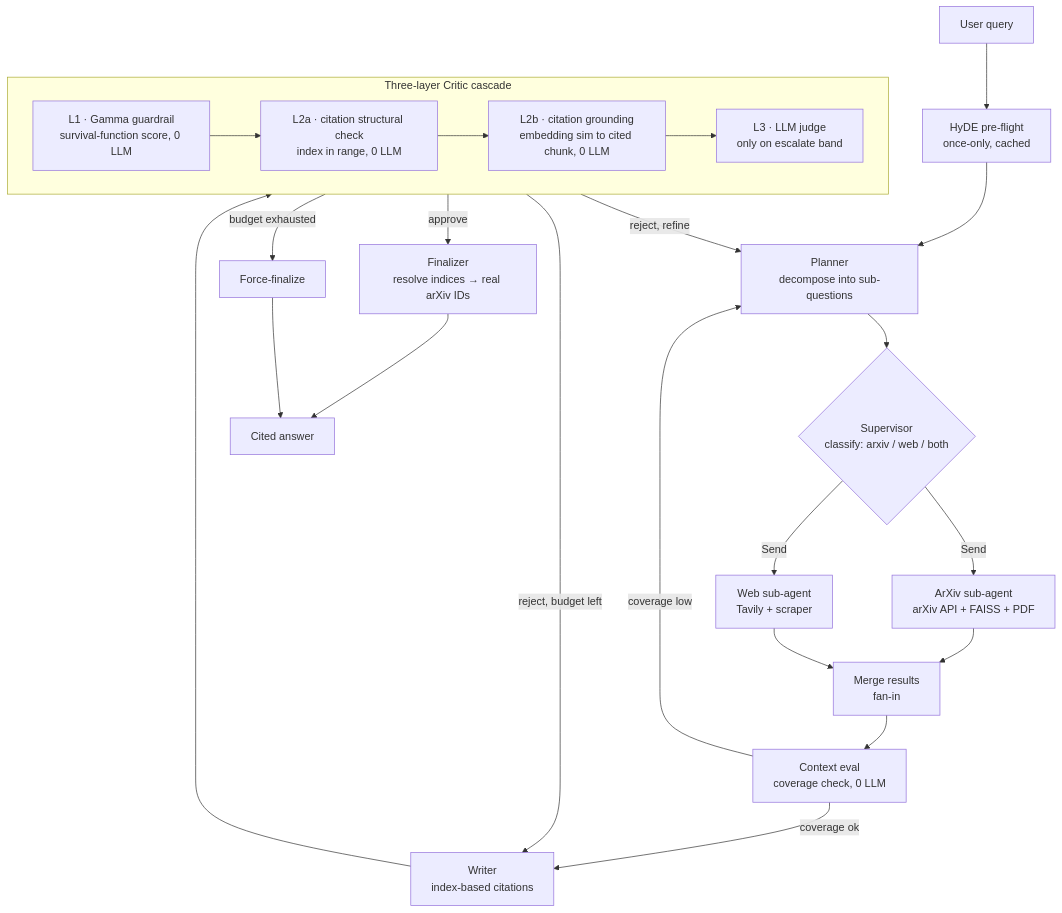
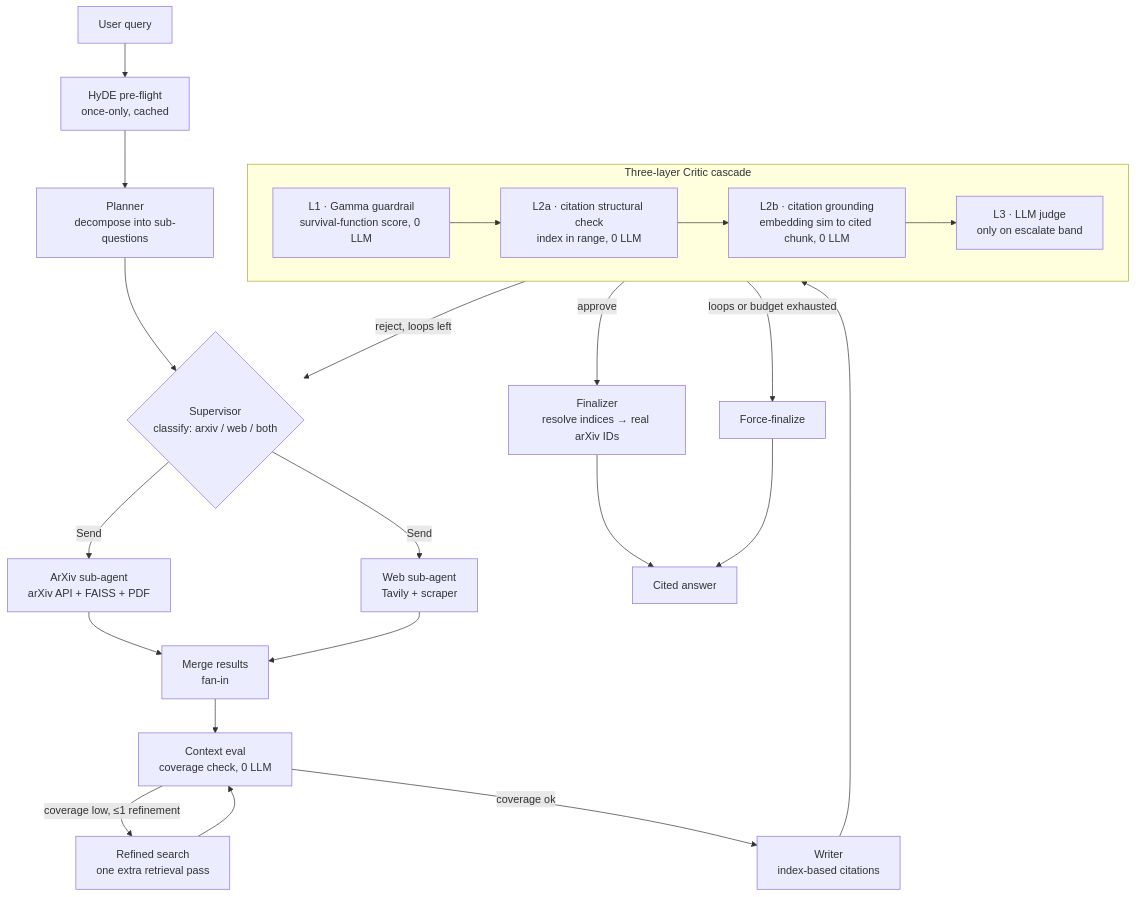
Before and after one commit to Yuezhou-Zhao/multi-agent-research-assistant: the diagram in README.md, drawn with Mermaid. The commit also changed other lines of this file and 6 other files, not shown here.

````diff
--- a/README.md
+++ b/README.md
@@ -59,33 +63,33 @@
 ```mermaid
 flowchart TD
     Q[User query] --> HyDE[HyDE pre-flight<br/>once-only, cached]
     HyDE --> P[Planner<br/>decompose into sub-questions]
     P --> S{Supervisor<br/>classify: arxiv / web / both}
 
     S -->|Send| A[ArXiv sub-agent<br/>arXiv API + FAISS + PDF]
     S -->|Send| W[Web sub-agent<br/>Tavily + scraper]
 
     A --> M[Merge results<br/>fan-in]
     W --> M
     M --> CE[Context eval<br/>coverage check, 0 LLM]
 
-    CE -->|coverage low| P
+    CE -->|coverage low, ≤1 refinement| RF[Refined search<br/>one extra retrieval pass]
+    RF --> CE
     CE -->|coverage ok| WR[Writer<br/>index-based citations]
 
     WR --> C[Critic cascade]
     subgraph C[Three-layer Critic cascade]
         L1[L1 · Gamma guardrail<br/>survival-function score, 0 LLM]
         L2a[L2a · citation structural check<br/>index in range, 0 LLM]
         L2b[L2b · citation grounding<br/>embedding sim to cited chunk, 0 LLM]
         L3[L3 · LLM judge<br/>only on escalate band]
         L1 --> L2a --> L2b --> L3
     end
 
     C -->|approve| F[Finalizer<br/>resolve indices → real arXiv IDs]
-    C -->|reject, budget left| WR
-    C -->|reject, refine| P
-    C -->|budget exhausted| FF[Force-finalize]
+    C -->|reject, loops left| S
+    C -->|loops or budget exhausted| FF[Force-finalize]
 
     F --> OUT[Cited answer]
     FF --> OUT
 ```
````
